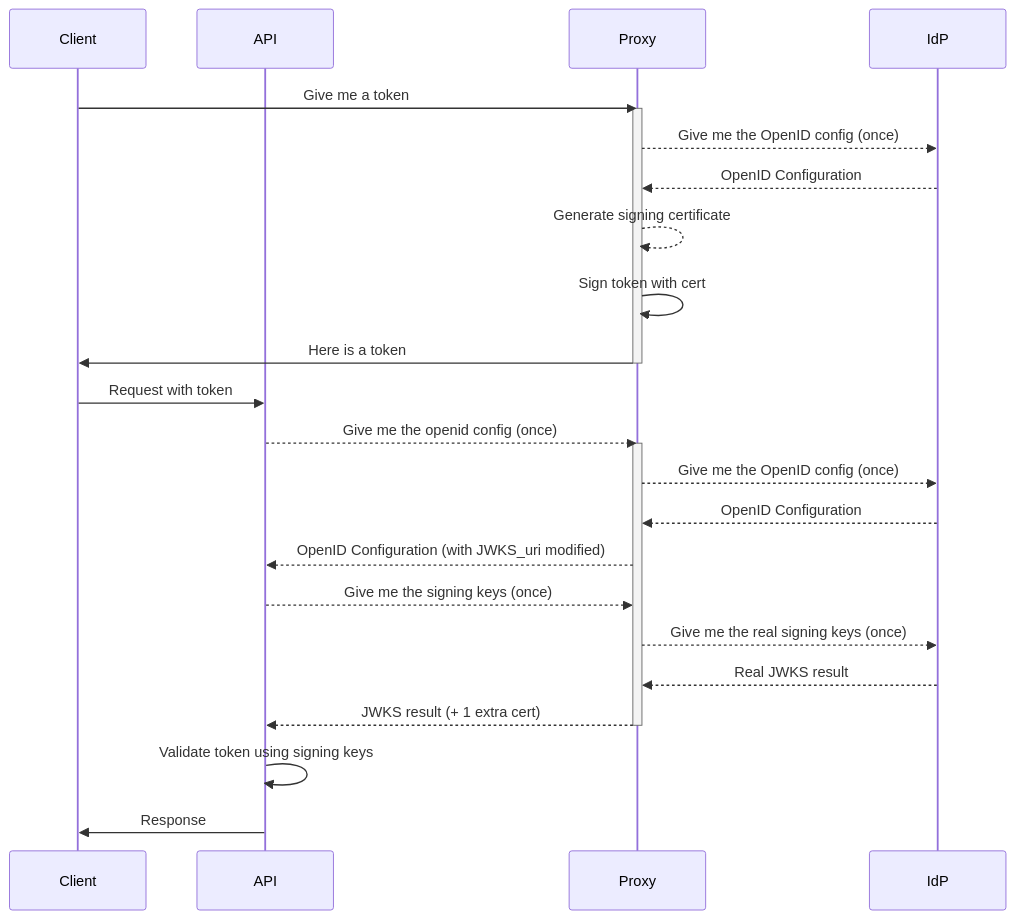
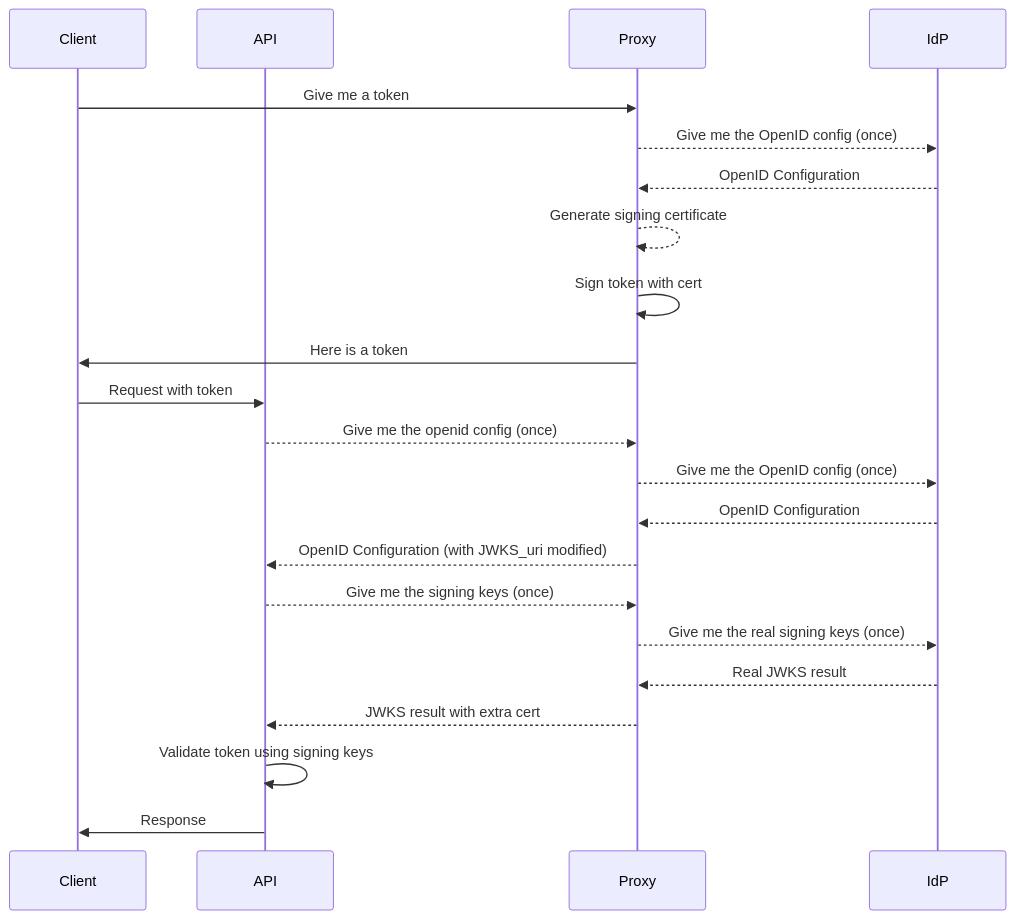
Before and after one commit to svrooij/identityproxy: the second of 2 diagrams in README.md, drawn with Mermaid. The commit also changed other lines of this file, not shown here.

Commit message:
docs: No activation in flow diagrams

````diff
--- a/README.md
+++ b/README.md
@@ -116,28 +112,24 @@
 ```mermaid
   sequenceDiagram
     participant Client
     participant API
     participant Proxy
     participant IdP
     Client->>Proxy: Give me a token
-    activate Proxy
     Proxy-->>IdP: Give me the OpenID config (once)
     IdP-->>Proxy: OpenID Configuration
     Proxy-->>Proxy: Generate signing certificate
     Proxy->>Proxy: Sign token with cert
     Proxy->>Client: Here is a token
-    deactivate Proxy
     Client->>API: Request with token
     API-->>Proxy: Give me the openid config (once)
-    activate Proxy
     Proxy-->>IdP: Give me the OpenID config (once)
     IdP-->>Proxy: OpenID Configuration
     Proxy-->>API: OpenID Configuration (with JWKS_uri modified)
     API-->>Proxy: Give me the signing keys (once)
     Proxy-->>IdP: Give me the real signing keys (once)
     IdP-->>Proxy: Real JWKS result
-    Proxy-->>API: JWKS result (+ 1 extra cert)
-    deactivate Proxy
+    Proxy-->>API: JWKS result with extra cert
     API->>API: Validate token using signing keys
     API->>Client: Response
 ```
````
